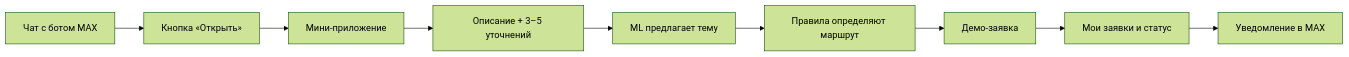
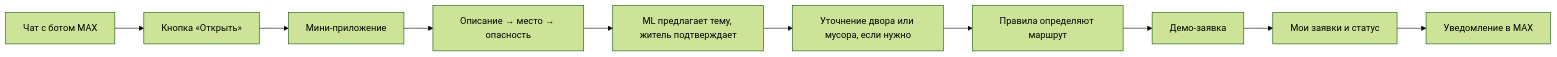
One commit to dmksk/marshrut-zayavki-moscow changed the diagram in README.md. Above: the diagram before and after it, drawn with Mermaid (forest theme). The commit also changed other lines of this file and 13 other files, not shown here.

Commit message:
Polish MAX mini app flow and accessibility

````diff
--- a/README.md
+++ b/README.md
@@ -13,11 +13,12 @@
 ```mermaid
 flowchart LR
     A[Чат с ботом MAX] --> B[Кнопка «Открыть»]
     B --> C[Мини-приложение]
-    C --> D[Описание + 3–5 уточнений]
-    D --> E[ML предлагает тему]
-    E --> F[Правила определяют маршрут]
-    F --> G[Демо-заявка]
+    C --> D[Описание → место → опасность]
+    D --> E[ML предлагает тему, житель подтверждает]
+    E --> F[Уточнение двора или мусора, если нужно]
+    F --> J[Правила определяют маршрут]
+    J --> G[Демо-заявка]
     G --> H[Мои заявки и статус]
     H --> I[Уведомление в MAX]
 ```
````
